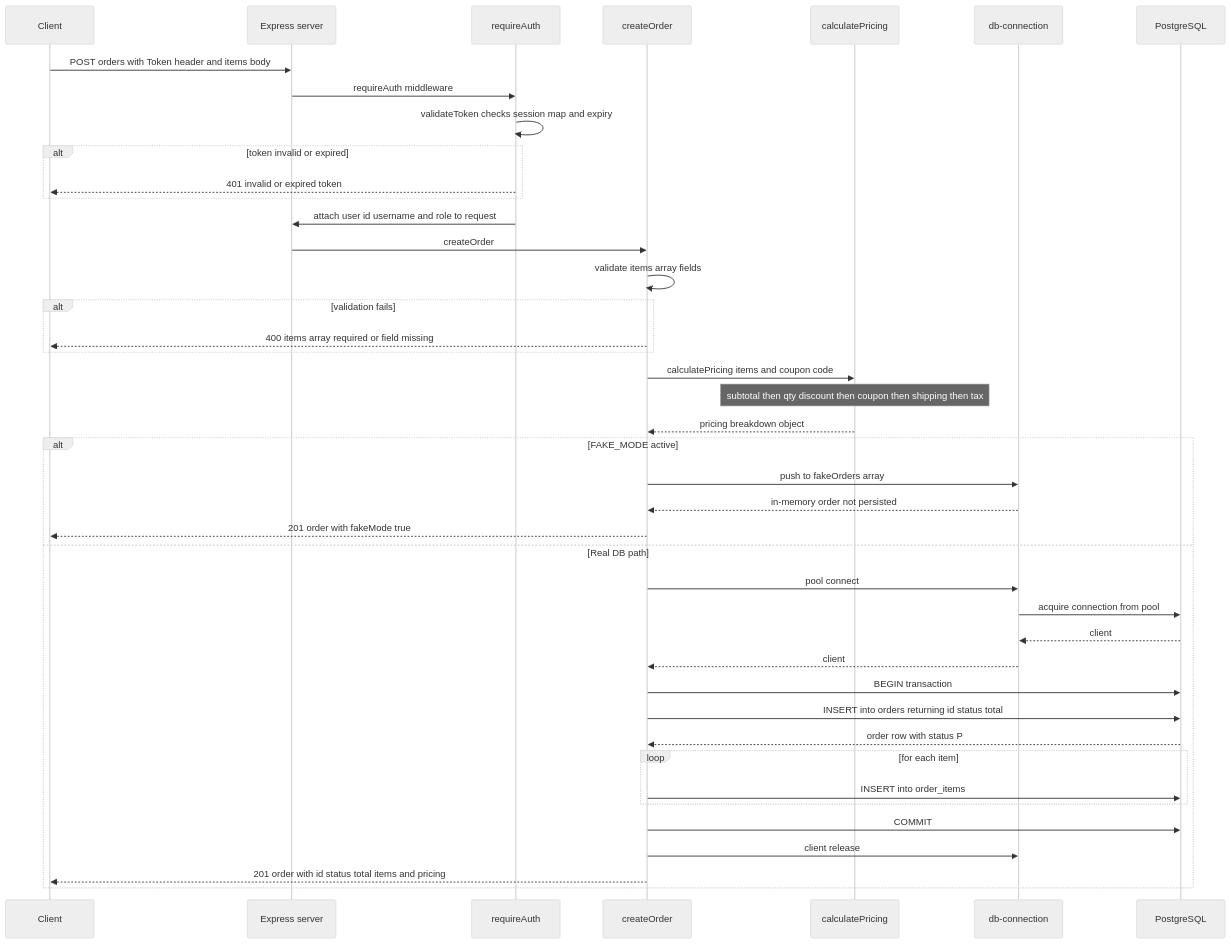
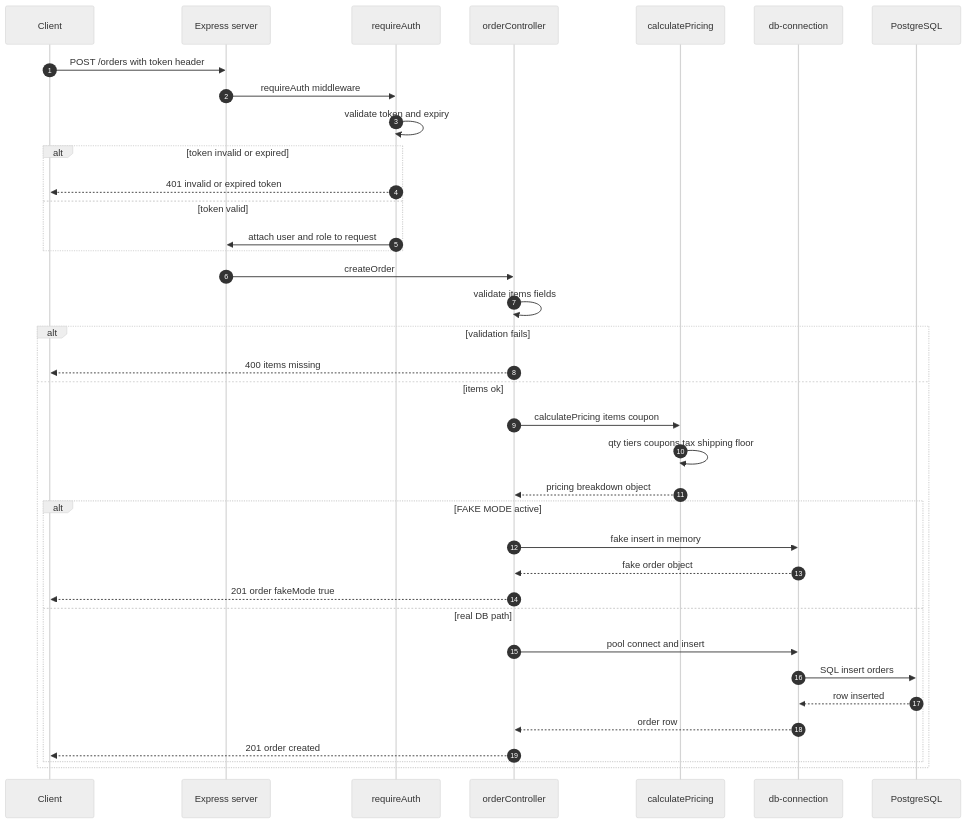
The third of 5 diagrams in ARCHITECTURE.md (OMtheMAKER/bob-x-ray-legacy-knowledge-rescue), drawn with Mermaid (neutral theme) before and after one commit. The commit also changed other lines of this file, not shown here.

Commit message:
ARCHITECTURE

````diff
--- a/ARCHITECTURE.md
+++ b/ARCHITECTURE.md
@@ -110,49 +89,39 @@
 ```mermaid
 sequenceDiagram
-    participant Client
-    participant Express as Express server
-    participant Auth as requireAuth
-    participant OC as createOrder
-    participant Pricing as calculatePricing
+    autonumber
+    participant Cl as Client
+    participant Ex as Express server
+    participant Au as requireAuth
+    participant OC as orderController
+    participant PR as calculatePricing
     participant DB as db-connection
     participant PG as PostgreSQL
-
-    Client->>Express: POST orders with Token header and items body
-
-    Express->>Auth: requireAuth middleware
-    Auth->>Auth: validateToken checks session map and expiry
+    Cl->>Ex: POST /orders with token header
+    Ex->>Au: requireAuth middleware
+    Au->>Au: validate token and expiry
     alt token invalid or expired
-        Auth-->>Client: 401 invalid or expired token
+        Au-->>Cl: 401 invalid or expired token
+    else token valid
+        Au->>Ex: attach user and role to request
     end
-    Auth->>Express: attach user id username and role to request
-
-    Express->>OC: createOrder
-    OC->>OC: validate items array fields
+    Ex->>OC: createOrder
+    OC->>OC: validate items fields
     alt validation fails
-        OC-->>Client: 400 items array required or field missing
-    end
-
-    OC->>Pricing: calculatePricing items and coupon code
-    Note over Pricing: subtotal then qty discount then coupon then shipping then tax
-    Pricing-->>OC: pricing breakdown object
-
-    alt FAKE_MODE active
-        OC->>DB: push to fakeOrders array
-        DB-->>OC: in-memory order not persisted
-        OC-->>Client: 201 order with fakeMode true
-    else Real DB path
-        OC->>DB: pool connect
-        DB->>PG: acquire connection from pool
-        PG-->>DB: client
-        DB-->>OC: client
-        OC->>PG: BEGIN transaction
-        OC->>PG: INSERT into orders returning id status total
-        PG-->>OC: order row with status P
-        loop for each item
-            OC->>PG: INSERT into order_items
+        OC-->>Cl: 400 items missing
+    else items ok
+        OC->>PR: calculatePricing items coupon
+        PR->>PR: qty tiers coupons tax shipping floor
+        PR-->>OC: pricing breakdown object
+        alt FAKE MODE active
+            OC->>DB: fake insert in memory
+            DB-->>OC: fake order object
+            OC-->>Cl: 201 order fakeMode true
+        else real DB path
+            OC->>DB: pool connect and insert
+            DB->>PG: SQL insert orders
+            PG-->>DB: row inserted
+            DB-->>OC: order row
+            OC-->>Cl: 201 order created
         end
-        OC->>PG: COMMIT
-        OC->>DB: client release
-        OC-->>Client: 201 order with id status total items and pricing
     end
 ```
````
